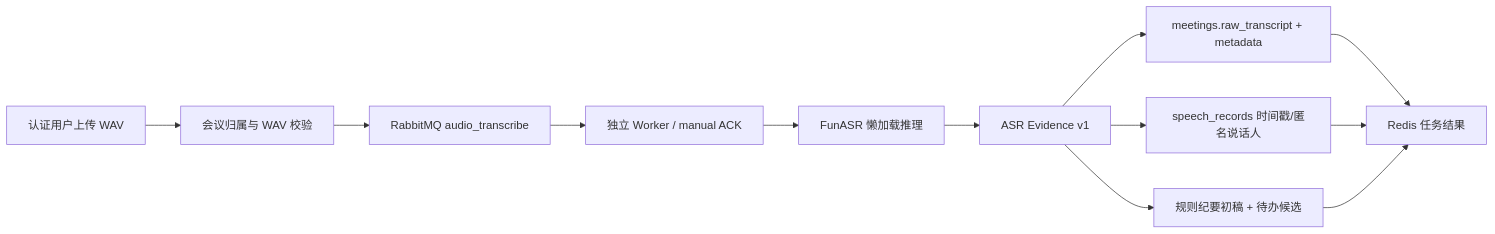
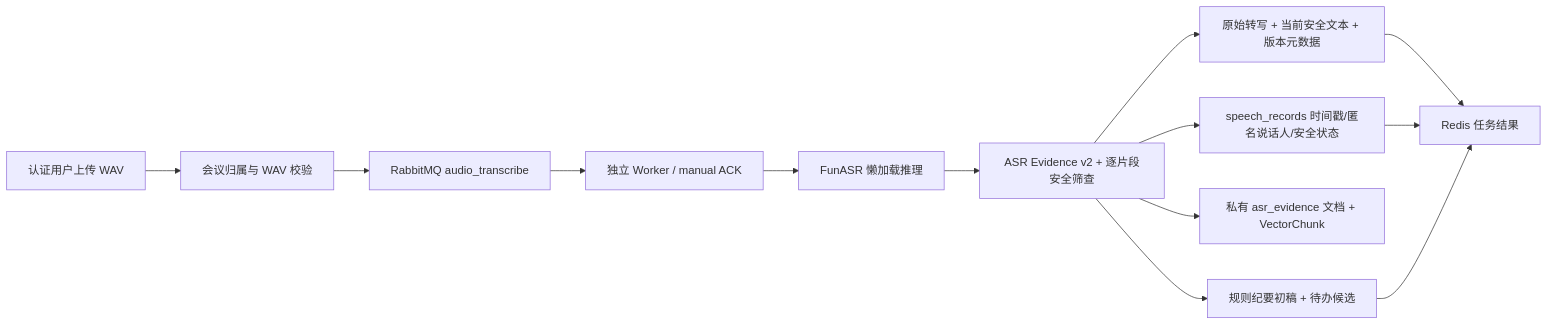
Before and after one commit to HT-O-TA/meetingmind-agent: the diagram in docs/优化路径记录/08_阶段4_真实ASR与音频证据闭环.md, drawn with Mermaid. The commit also changed other lines of this file and 23 other files, not shown here.

Commit message:
feat: harden input and ASR evidence lifecycle

````diff
--- a/docs/优化路径记录/08_阶段4_真实ASR与音频证据闭环.md
+++ b/docs/优化路径记录/08_阶段4_真实ASR与音频证据闭环.md
@@ -18,14 +20,15 @@
 ```mermaid
 flowchart LR
     U[认证用户上传 WAV] --> A[会议归属与 WAV 校验]
     A --> Q[RabbitMQ audio_transcribe]
     Q --> W[独立 Worker / manual ACK]
     W --> F[FunASR 懒加载推理]
-    F --> E[ASR Evidence v1]
-    E --> M[meetings.raw_transcript + metadata]
-    E --> S[speech_records 时间戳/匿名说话人]
+    F --> E[ASR Evidence v2 + 逐片段安全筛查]
+    E --> M[原始转写 + 当前安全文本 + 版本元数据]
+    E --> S[speech_records 时间戳/匿名说话人/安全状态]
+    E --> R[私有 asr_evidence 文档 + VectorChunk]
     E --> D[规则纪要初稿 + 待办候选]
     M --> T[Redis 任务结果]
     S --> T
     D --> T
 ```
````
